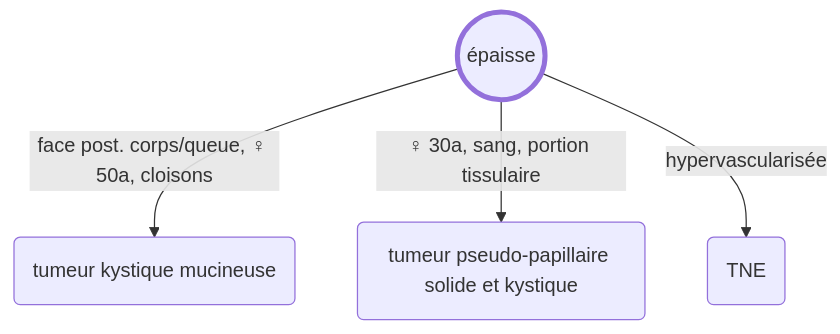
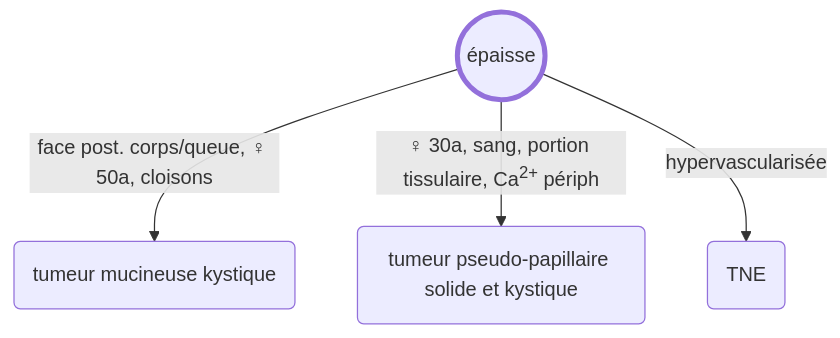
Before and after one commit to drlefevre/drlef: the third of 3 diagrams in docs/dig/pancreas.md, drawn with Mermaid. The commit also changed other lines of this file and 9 other files, not shown here.

````diff
--- a/docs/dig/pancreas.md
+++ b/docs/dig/pancreas.md
@@ -125,7 +129,7 @@
     ``` mermaid
     flowchart TD
         style F stroke-width:4px
-        F((épaisse)) -->|face post. corps/queue, ♀ 50a, cloisons| I(tumeur kystique mucineuse);
-        F -->|♀ 30a, sang, portion tissulaire| J(tumeur pseudo-papillaire solide et kystique); 
+        F((épaisse)) -->|face post. corps/queue, ♀ 50a, cloisons| I(tumeur mucineuse kystique);
+        F -->|♀ 30a, sang, portion tissulaire, Ca<sup>2+</sup> périph| J(tumeur pseudo-papillaire solide et kystique); 
         F -->|hypervascularisée| K(TNE);
     ```
````
